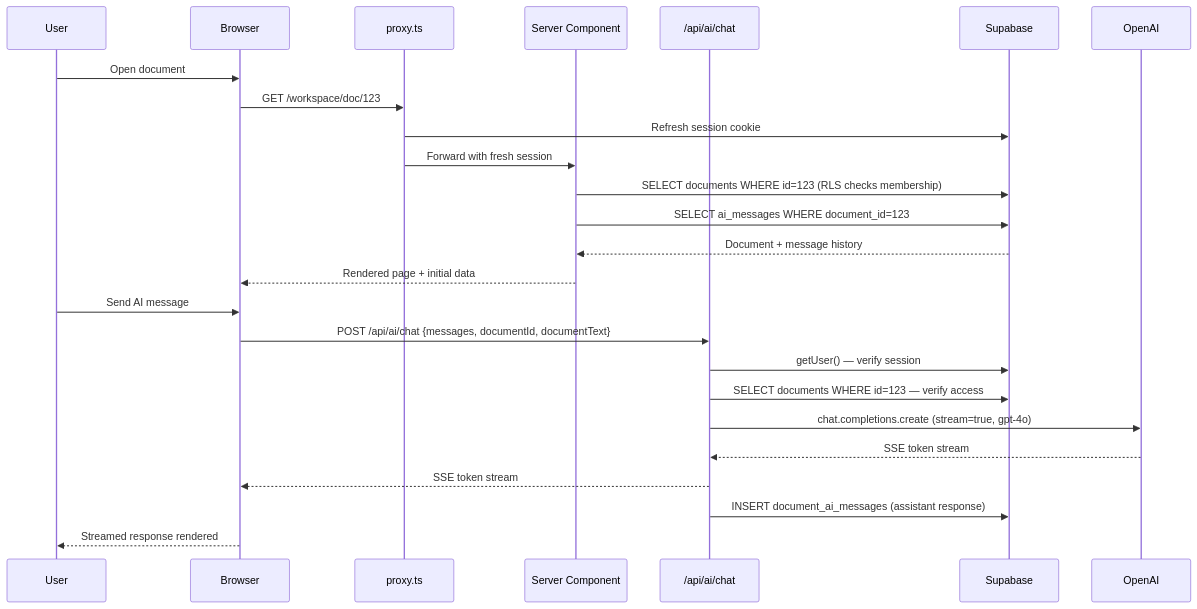
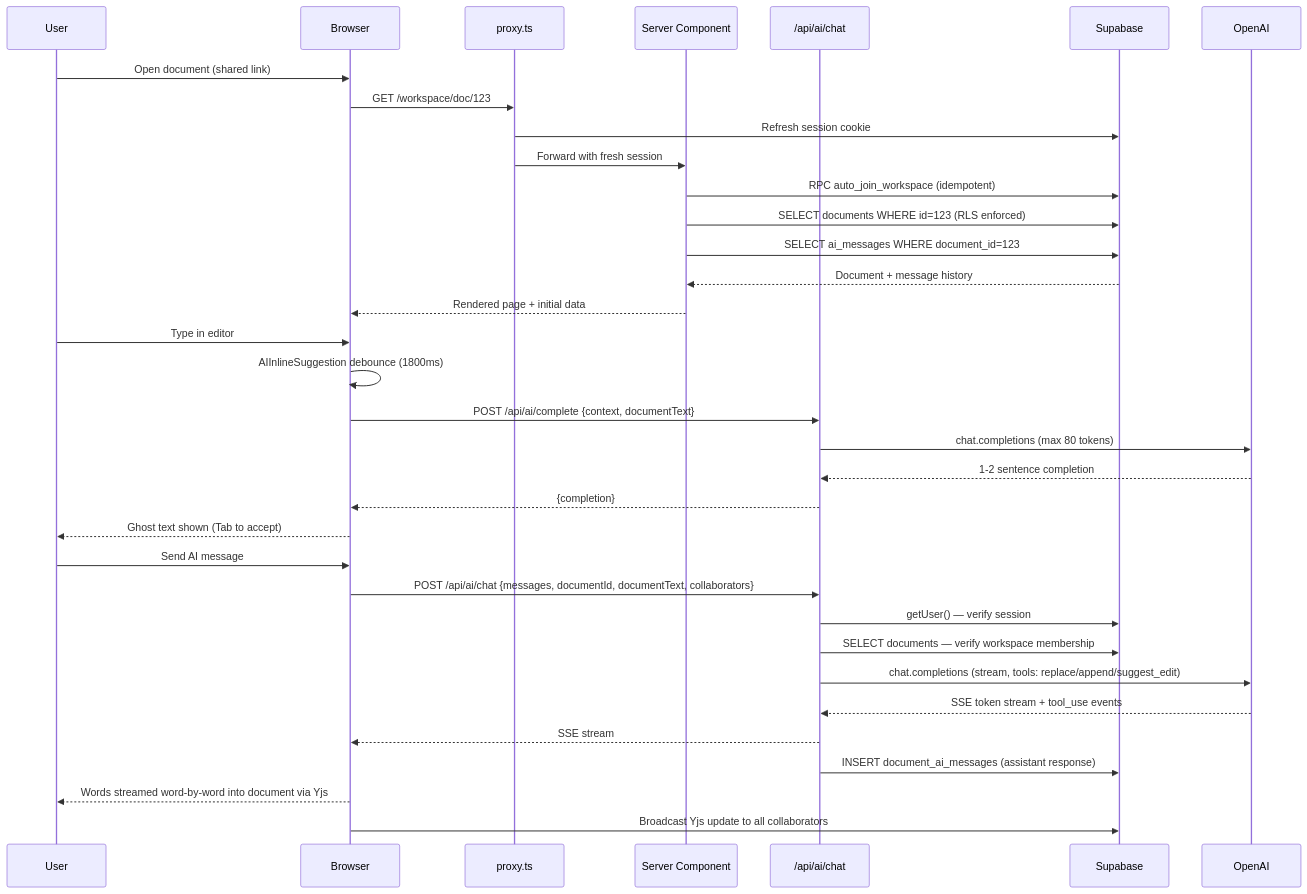
The second of 3 diagrams in README.md (CodeKage25/materi-demo), drawn with Mermaid before and after one commit. The commit also changed other lines of this file and 9 other files, not shown here.

````diff
--- a/README.md
+++ b/README.md
@@ -65,29 +84,39 @@
 ```mermaid
 sequenceDiagram
     participant U as User
     participant B as Browser
     participant MW as proxy.ts
     participant RSC as Server Component
     participant API as /api/ai/chat
     participant SB as Supabase
     participant OAI as OpenAI
 
-    U->>B: Open document
+    U->>B: Open document (shared link)
     B->>MW: GET /workspace/doc/123
     MW->>SB: Refresh session cookie
     MW->>RSC: Forward with fresh session
-    RSC->>SB: SELECT documents WHERE id=123 (RLS checks membership)
+    RSC->>SB: RPC auto_join_workspace (idempotent)
+    RSC->>SB: SELECT documents WHERE id=123 (RLS enforced)
     RSC->>SB: SELECT ai_messages WHERE document_id=123
     SB-->>RSC: Document + message history
     RSC-->>B: Rendered page + initial data
 
+    U->>B: Type in editor
+    B->>B: AIInlineSuggestion debounce (1800ms)
+    B->>API: POST /api/ai/complete {context, documentText}
+    API->>OAI: chat.completions (max 80 tokens)
+    OAI-->>API: 1-2 sentence completion
+    API-->>B: {completion}
+    B-->>U: Ghost text shown (Tab to accept)
+
     U->>B: Send AI message
-    B->>API: POST /api/ai/chat {messages, documentId, documentText}
+    B->>API: POST /api/ai/chat {messages, documentId, documentText, collaborators}
     API->>SB: getUser() — verify session
-    API->>SB: SELECT documents WHERE id=123 — verify access
-    API->>OAI: chat.completions.create (stream=true, gpt-4o)
-    OAI-->>API: SSE token stream
-    API-->>B: SSE token stream
+    API->>SB: SELECT documents — verify workspace membership
+    API->>OAI: chat.completions (stream, tools: replace/append/suggest_edit)
+    OAI-->>API: SSE token stream + tool_use events
+    API-->>B: SSE stream
     API->>SB: INSERT document_ai_messages (assistant response)
-    B-->>U: Streamed response rendered
+    B-->>U: Words streamed word-by-word into document via Yjs
+    B->>SB: Broadcast Yjs update to all collaborators
 ```
````
